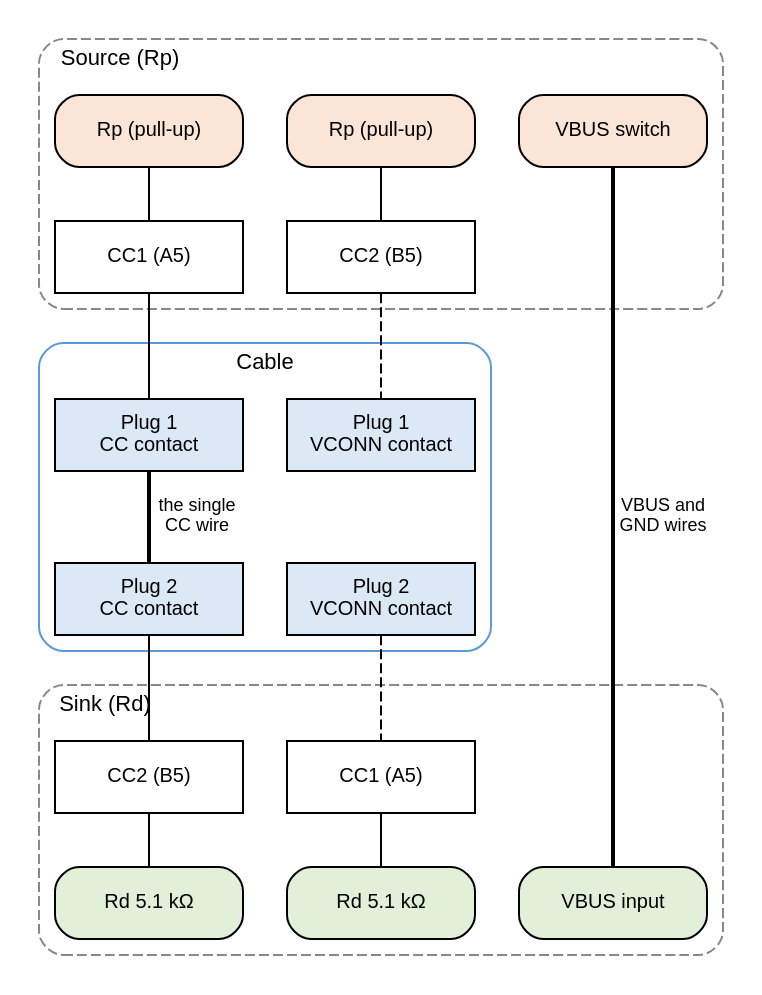
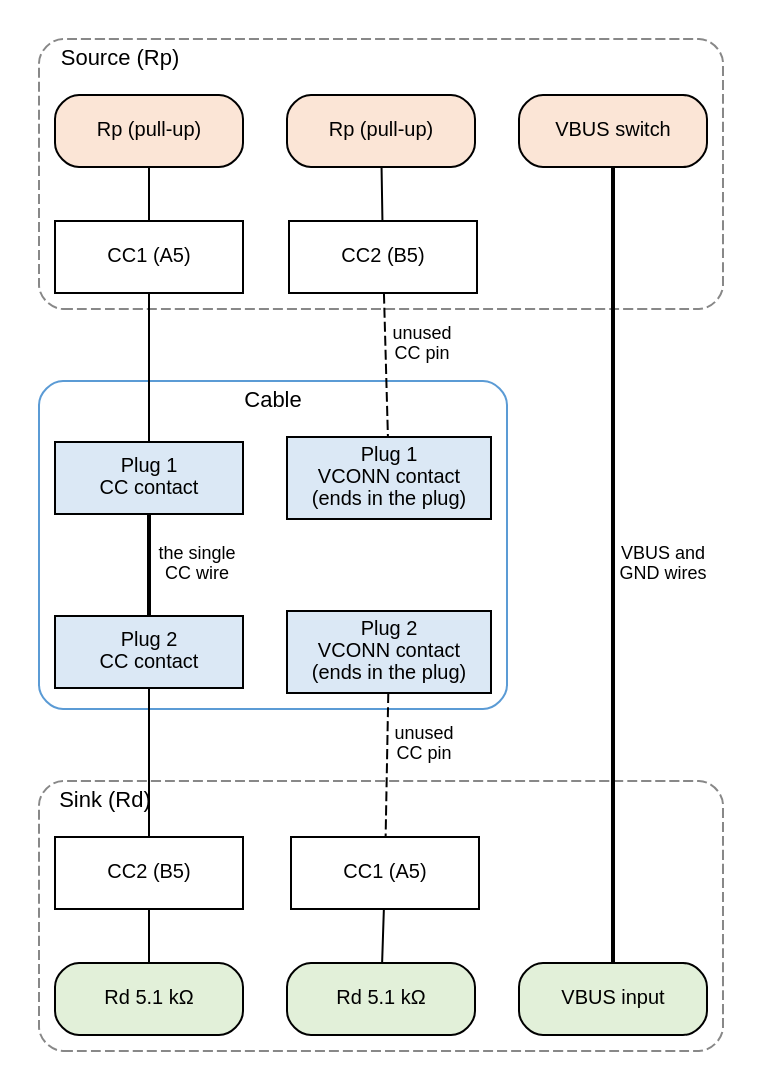
One commit to mithro/evampire changed the diagram in docs/power/usb-pd/cc-wiring.dot. Above: the diagram before and after it, drawn with Graphviz. The commit also changed 3 other files, not shown here.

```diff
--- a/docs/power/usb-pd/cc-wiring.dot
+++ b/docs/power/usb-pd/cc-wiring.dot
@@ -1,58 +1,58 @@
 // How the CC wire connects a source to a sink through a USB Type-C cable.
 // The far plug is shown turned over, so source CC1 meets sink CC2.
 // Either end may be a board built around evampire.
 //
 // SPDX-License-Identifier: Apache-2.0
 
 digraph cc_wiring {
     graph [rankdir=TB, fontname="Helvetica", fontsize=11, nodesep=0.3,
            ranksep=0.35, newrank=true];
     node  [shape=box, style="rounded,filled", fillcolor="#f2f2f2",
            fontname="Helvetica", fontsize=10, width=1.3];
     edge  [fontname="Helvetica", fontsize=9, arrowhead=none];
 
     subgraph cluster_src {
         label="Source (Rp)"; labeljust="l"; style="rounded,dashed"; color="#888888";
         rp1    [label="Rp (pull-up)", fillcolor="#fbe5d6"];
         rp2    [label="Rp (pull-up)", fillcolor="#fbe5d6"];
         s_vbus [label="VBUS switch", fillcolor="#fbe5d6"];
         s_cc1  [label="CC1 (A5)", style="filled", fillcolor="#ffffff"];
         s_cc2  [label="CC2 (B5)", style="filled", fillcolor="#ffffff"];
     }
 
     subgraph cluster_cable {
         label="Cable"; style="rounded"; color="#5b9bd5";
         p1_cc    [label="Plug 1\nCC contact", style="filled", fillcolor="#dbe8f5"];
-        p1_vconn [label="Plug 1\nVCONN contact", style="filled", fillcolor="#dbe8f5"];
+        p1_vconn [label="Plug 1\nVCONN contact\n(ends in the plug)", style="filled", fillcolor="#dbe8f5"];
         p2_cc    [label="Plug 2\nCC contact", style="filled", fillcolor="#dbe8f5"];
-        p2_vconn [label="Plug 2\nVCONN contact", style="filled", fillcolor="#dbe8f5"];
+        p2_vconn [label="Plug 2\nVCONN contact\n(ends in the plug)", style="filled", fillcolor="#dbe8f5"];
     }
 
     subgraph cluster_snk {
         label="Sink (Rd)"; labeljust="l"; style="rounded,dashed"; color="#888888";
         k_cc2  [label="CC2 (B5)", style="filled", fillcolor="#ffffff"];
         k_cc1  [label="CC1 (A5)", style="filled", fillcolor="#ffffff"];
         rd2    [label="Rd 5.1 kΩ", fillcolor="#e2f0d9"];
         rd1    [label="Rd 5.1 kΩ", fillcolor="#e2f0d9"];
         k_vbus [label="VBUS input", fillcolor="#e2f0d9"];
     }
 
     { rank=same; rp1; rp2; s_vbus; }
     { rank=same; s_cc1; s_cc2; }
     { rank=same; p1_cc; p1_vconn; }
     { rank=same; p2_cc; p2_vconn; }
     { rank=same; k_cc2; k_cc1; }
     { rank=same; rd2; rd1; k_vbus; }
 
     rp1 -> s_cc1;
     rp2 -> s_cc2;
     s_cc1 -> p1_cc;
-    s_cc2 -> p1_vconn [style=dashed];
+    s_cc2 -> p1_vconn [style=dashed, label=" unused\n CC pin"];
     p1_cc -> p2_cc [penwidth=2, label=" the single\n CC wire"];
     p1_vconn -> p2_vconn [style=invis];
     p2_cc -> k_cc2;
-    p2_vconn -> k_cc1 [style=dashed];
+    p2_vconn -> k_cc1 [style=dashed, label=" unused\n CC pin"];
     k_cc2 -> rd2;
     k_cc1 -> rd1;
     s_vbus -> k_vbus [penwidth=2, label=" VBUS and\n GND wires"];
 }
```
